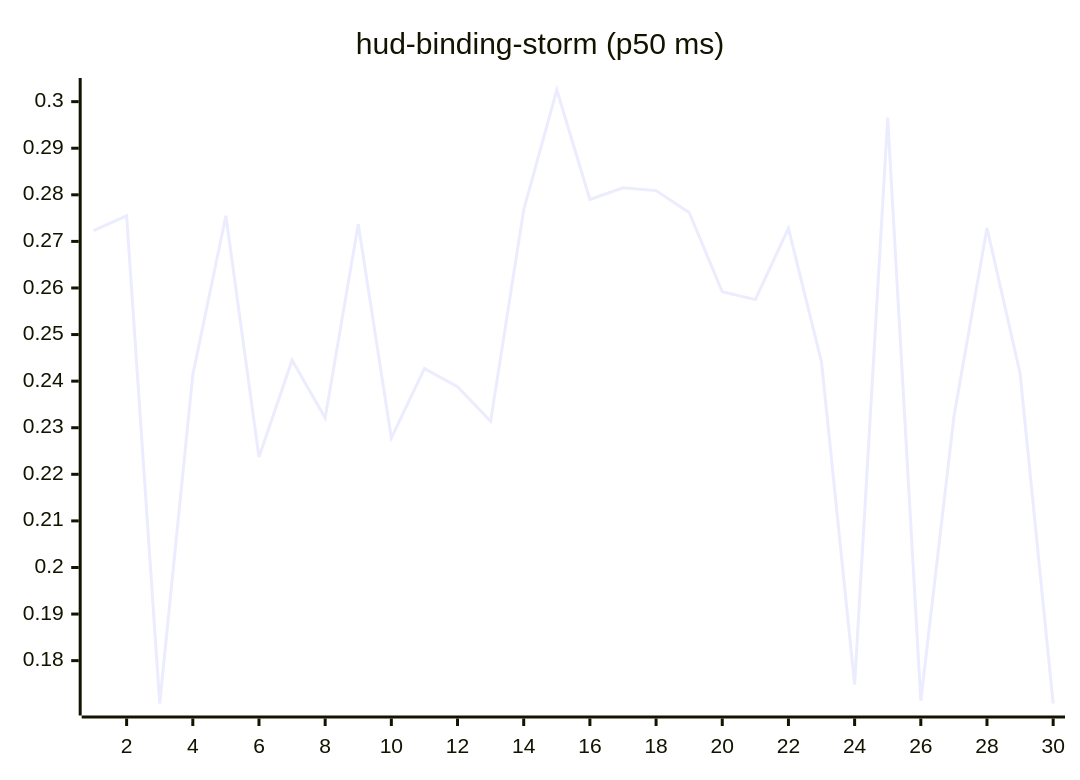
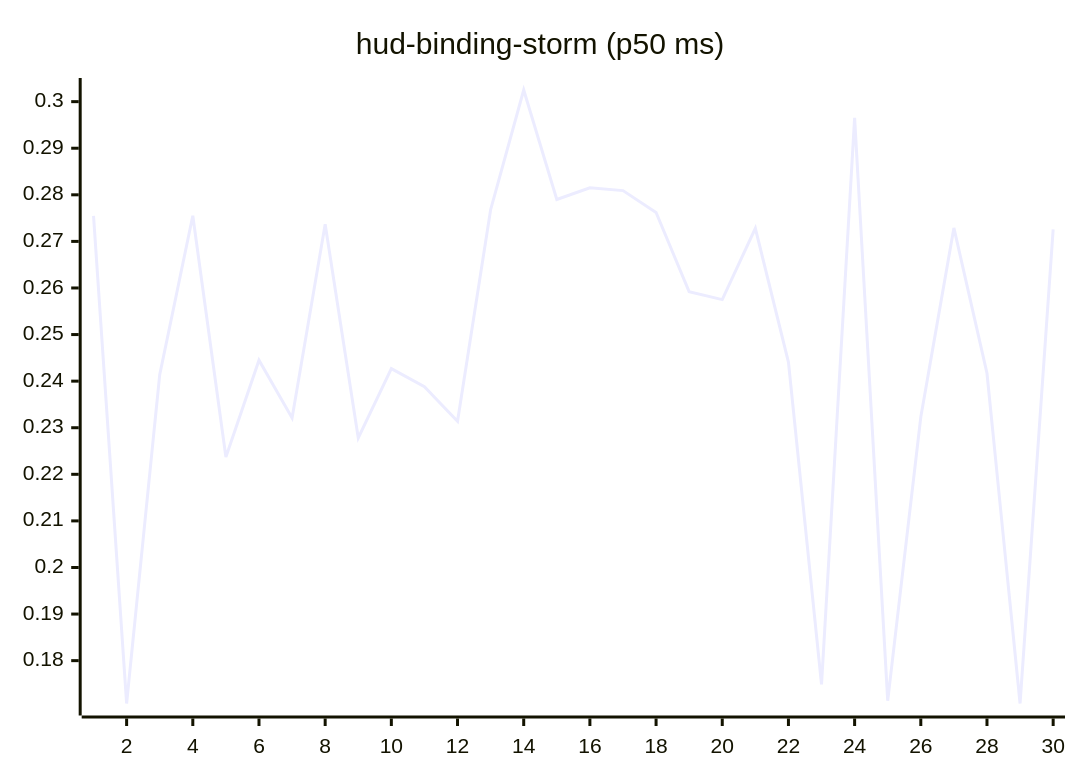
One commit to josha/Facet changed the tenth of 27 diagrams in README.md. Above: the diagram before and after it, drawn with Mermaid. The commit also changed other lines of this file and 2 other files, not shown here.

````diff
--- a/README.md
+++ b/README.md
@@ -126,6 +126,6 @@
 ```mermaid
 xychart-beta
     title "hud-binding-storm (p50 ms)"
     x-axis 1 --> 30
-    line [0.2723, 0.2755, 0.1708, 0.2414, 0.2755, 0.2237, 0.2445, 0.2321, 0.2737, 0.2278, 0.2427, 0.2388, 0.2314, 0.2768, 0.3025, 0.2790, 0.2815, 0.2809, 0.2762, 0.2592, 0.2575, 0.2728, 0.2441, 0.1749, 0.2965, 0.1714, 0.2323, 0.2729, 0.2417, 0.1708]
+    line [0.2755, 0.1708, 0.2414, 0.2755, 0.2237, 0.2445, 0.2321, 0.2737, 0.2278, 0.2427, 0.2388, 0.2314, 0.2768, 0.3025, 0.2790, 0.2815, 0.2809, 0.2762, 0.2592, 0.2575, 0.2728, 0.2441, 0.1749, 0.2965, 0.1714, 0.2323, 0.2729, 0.2417, 0.1708, 0.2726]
 ```
````
